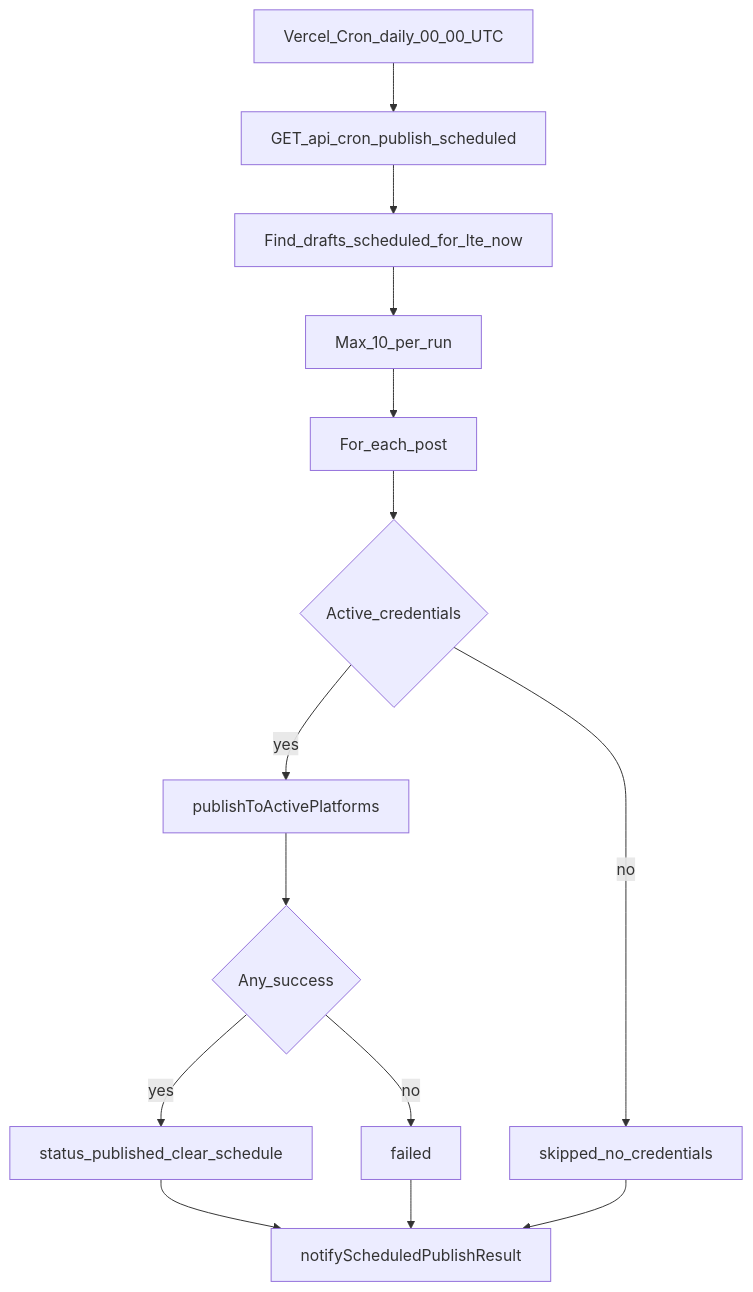
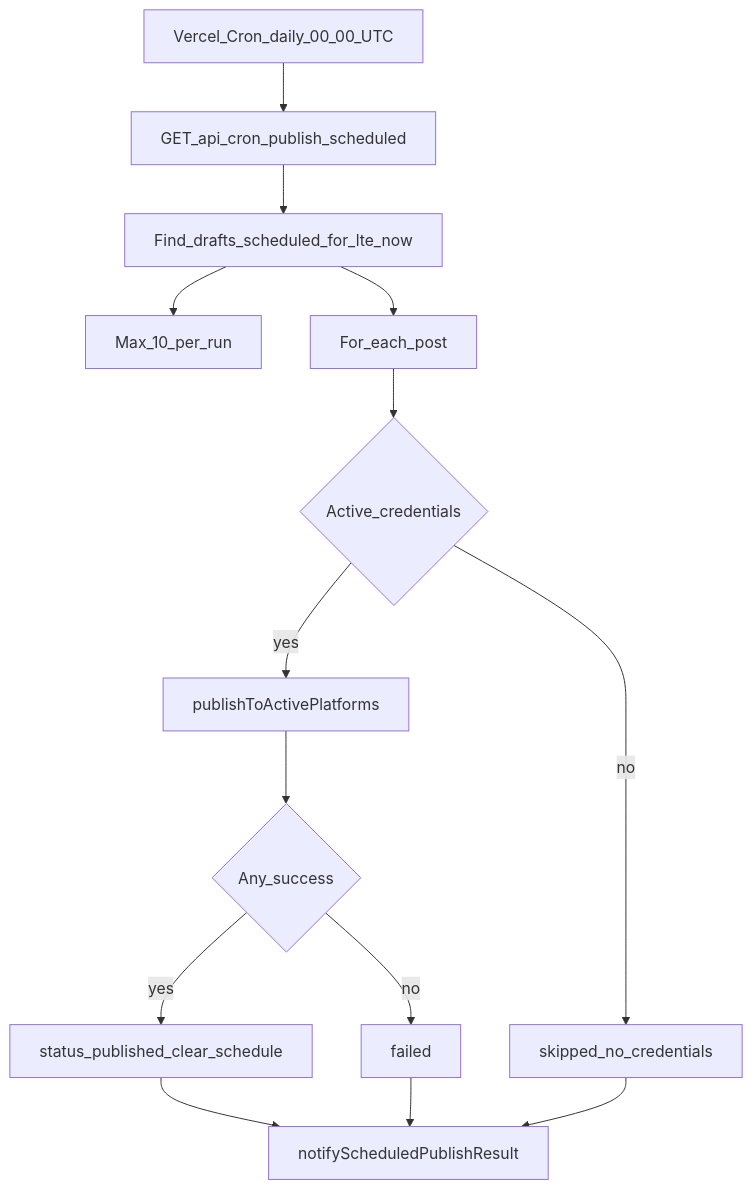
Before and after one commit to FarukhSaifi/SyncApp: the diagram in docs/SYSTEM_FLOWS.md, drawn with Mermaid. The commit also changed other lines of this file and 77 other files, not shown here.

````diff
--- a/docs/SYSTEM_FLOWS.md
+++ b/docs/SYSTEM_FLOWS.md
@@ -53,16 +54,16 @@
 ```mermaid
 flowchart TD
   cron[Vercel_Cron_daily_00_00_UTC] --> api[GET_api_cron_publish_scheduled]
   api --> find[Find_drafts_scheduled_for_lte_now]
   find --> limit[Max_10_per_run]
-  limit --> loop[For_each_post]
+  find --> loop[For_each_post]
   loop --> creds{Active_credentials}
   creds -->|no| skip[skipped_no_credentials]
   creds -->|yes| pub[publishToActivePlatforms]
   pub --> result{Any_success}
   result -->|yes| done[status_published_clear_schedule]
   result -->|no| fail[failed]
   done --> notify[notifyScheduledPublishResult]
   fail --> notify
   skip --> notify
 ```
````
